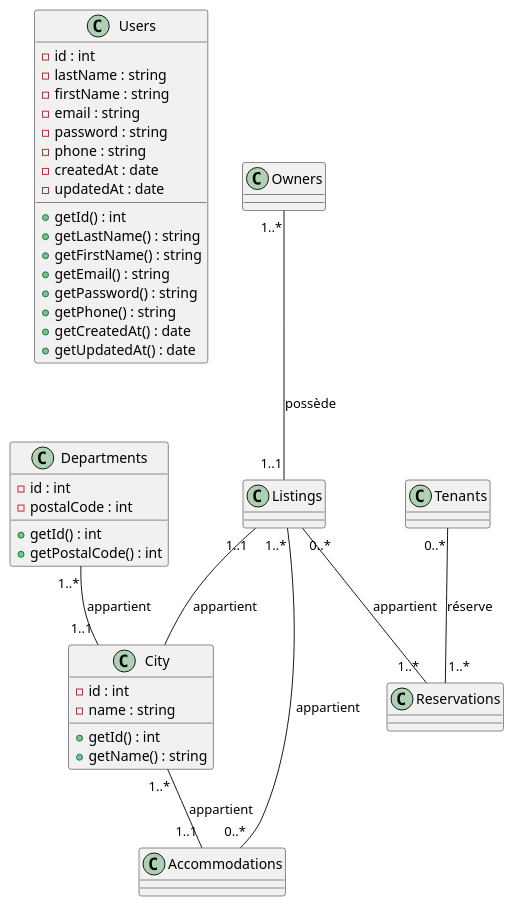
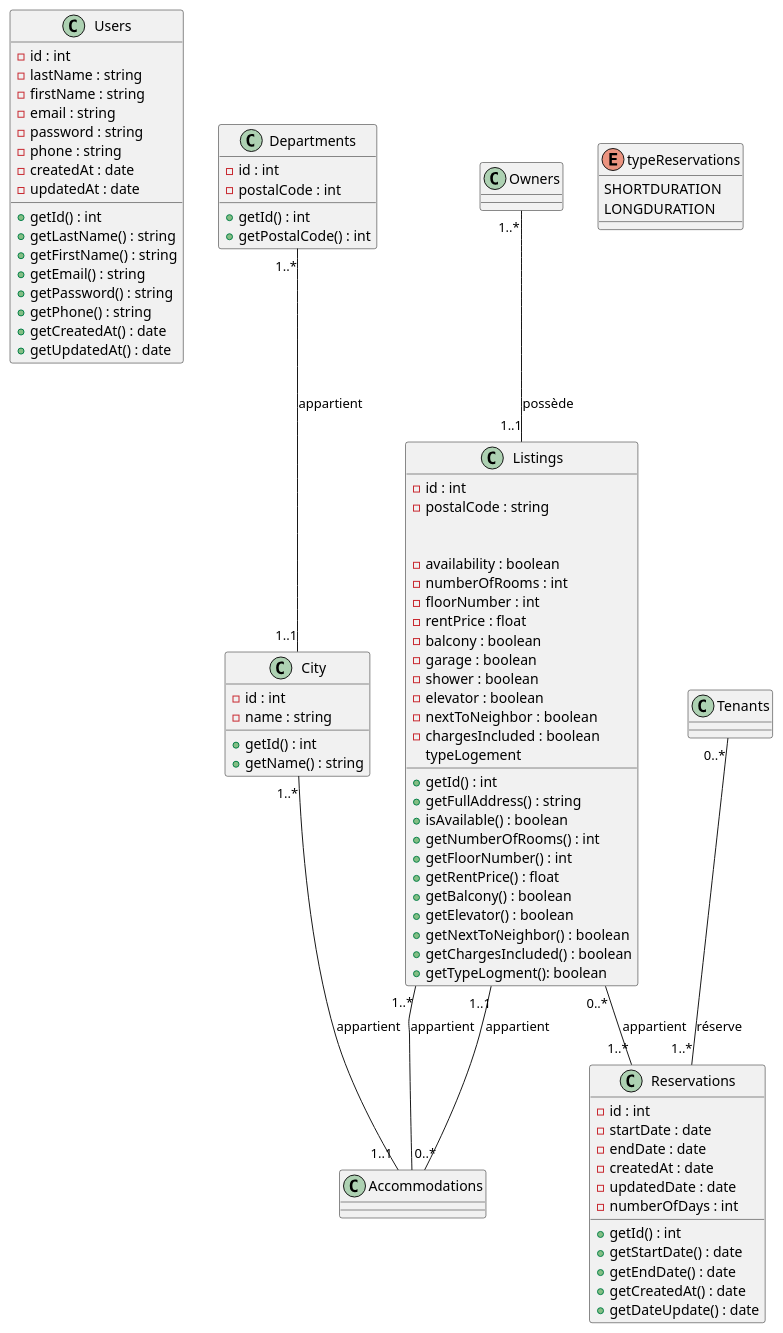
Before and after one commit to djearsene/DIAGRAMMEETNA: the diagram in class_a.wsd, drawn with PlantUML.

```diff
--- a/class_a.wsd
+++ b/class_a.wsd
@@ -1,50 +1,98 @@
 @startuml DIAGRAMMECLASS
 
   class Users {
   - id : int
   - lastName : string
   - firstName : string
   - email : string
   - password : string
   - phone : string
   - createdAt : date
   - updatedAt : date
 
 
   + getId() : int
   + getLastName() : string
   + getFirstName() : string
   + getEmail() : string
   + getPassword() : string
   + getPhone() : string
   + getCreatedAt() : date
   + getUpdatedAt() : date
 
 }
 
+class Reservations {
+  - id : int
+  - startDate : date
+  - endDate : date
+  - createdAt : date
+  - updatedDate : date
+  - numberOfDays : int
+
+  + getId() : int
+  + getStartDate() : date
+  + getEndDate() : date
+  + getCreatedAt() : date
+  + getDateUpdate() : date
+}
+
+enum typeReservations {
+  SHORTDURATION
+  LONGDURATION
+}
+
+class Listings {
+ - id : int
+  - postalCode : string
+  
+  
+  - availability : boolean
+  - numberOfRooms : int
+  - floorNumber : int
+  - rentPrice : float
+  - balcony : boolean
+  - garage : boolean
+  - shower : boolean
+  - elevator : boolean
+  - nextToNeighbor : boolean
+  - chargesIncluded : boolean
+  typeLogement
+  + getId() : int
+  + getFullAddress() : string
+  + isAvailable() : boolean
+  + getNumberOfRooms() : int
+  + getFloorNumber() : int
+  + getRentPrice() : float
+  + getBalcony() : boolean
+  + getElevator() : boolean
+  + getNextToNeighbor() : boolean
+  + getChargesIncluded() : boolean
+ + getTypeLogment(): boolean
+ }
+ 
+
 
 class Departments {
     - id : int
     - postalCode : int
 
     + getId() : int
     + getPostalCode() : int
 }
-
 class City {
     - id : int
     - name : string
 
     + getId() : int
     + getName() : string
 }
-
 Tenants"0..*" -- "1..*"Reservations: réserve
 Owners"1..*" -- "1..1"Listings: possède
 Listings"0..*" -- "1..*"Reservations: appartient
 Listings"1..*" -- "0..*"Accommodations: appartient
-Listings"1..1" -- City: appartient
+Listings"1..1" -- Accommodations: appartient
 Departments"1..*" -- "1..1"City: appartient
 City"1..*" -- "1..1"Accommodations: appartient
     
 @enduml
```
